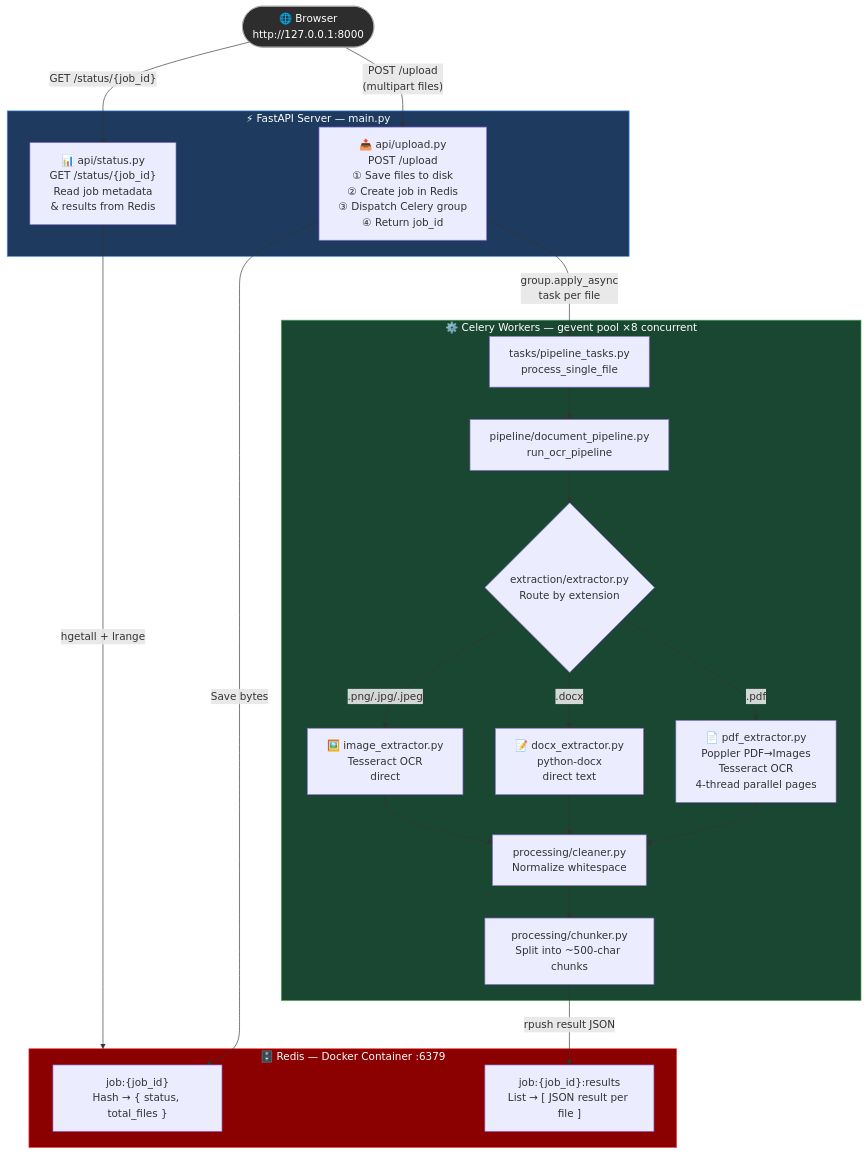
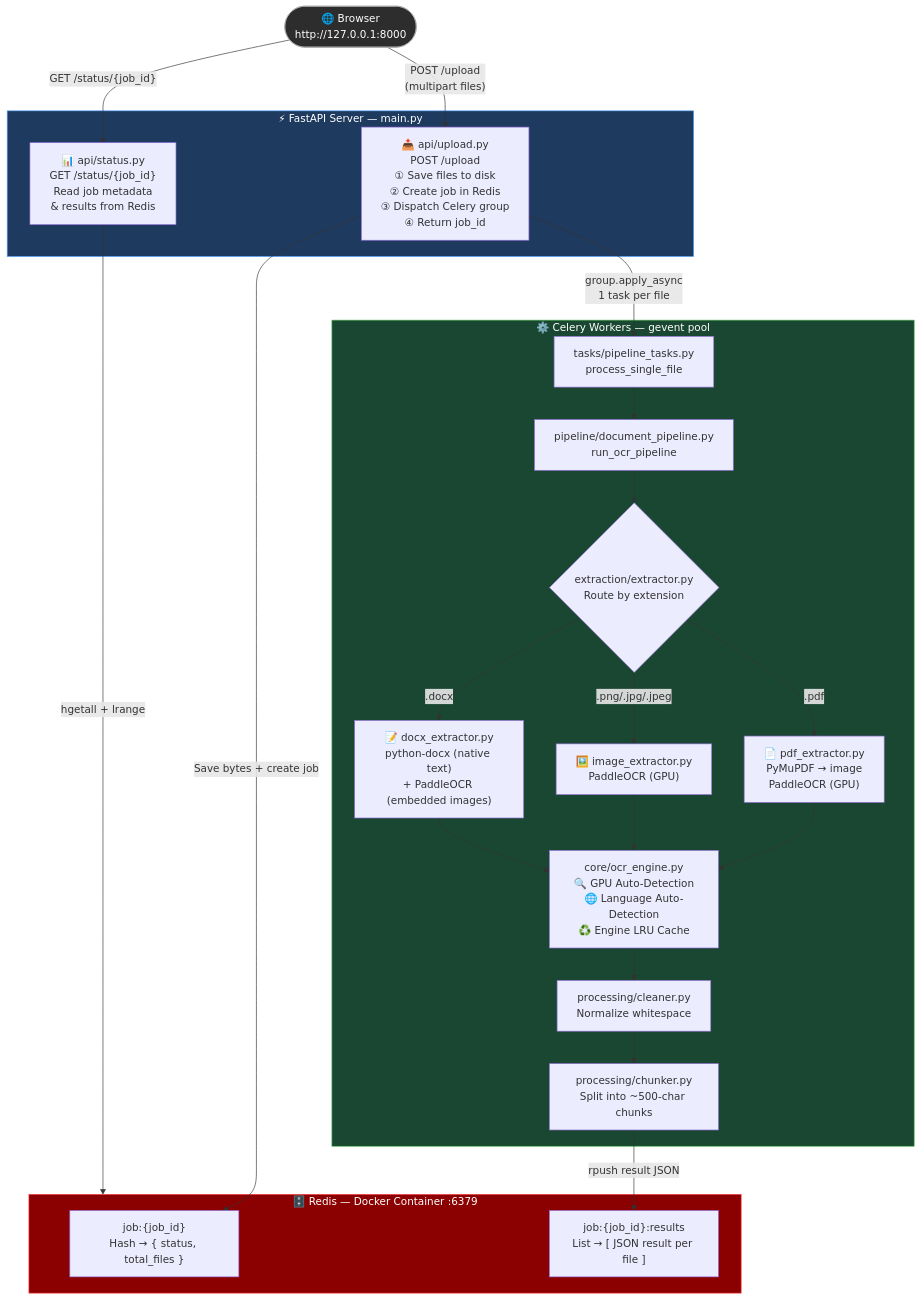
The first of 4 diagrams in README.md (ThummarDarshan/Contract_intelligence), drawn with Mermaid before and after one commit. The commit also changed other lines of this file and 7 other files, not shown here.

Commit message:
pytessrect replaced with PaddleOCR

````diff
--- a/README.md
+++ b/README.md
@@ -314,48 +275,50 @@
 ```mermaid
 flowchart TD
     CLIENT(["🌐 Browser\nhttp://127.0.0.1:8000"])
 
     subgraph FASTAPI["⚡ FastAPI Server  —  main.py"]
         UPLOAD["📤 api/upload.py\nPOST /upload\n① Save files to disk\n② Create job in Redis\n③ Dispatch Celery group\n④ Return job_id"]
         STATUS["📊 api/status.py\nGET /status/{job_id}\nRead job metadata\n& results from Redis"]
     end
 
     subgraph REDIS["🗄️ Redis  —  Docker Container  :6379"]
         RJOB["job:{job_id}\nHash → { status, total_files }"]
         RRESULT["job:{job_id}:results\nList → [ JSON result per file ]"]
     end
 
-    subgraph CELERY["⚙️ Celery Workers  —  gevent pool  ×8 concurrent"]
+    subgraph CELERY["⚙️ Celery Workers  —  gevent pool"]
         TASK["tasks/pipeline_tasks.py\nprocess_single_file"]
         PIPELINE["pipeline/document_pipeline.py\nrun_ocr_pipeline"]
         EXTRACTOR{"extraction/extractor.py\nRoute by extension"}
-        PDF["📄 pdf_extractor.py\nPoppler PDF→Images\nTesseract OCR\n4-thread parallel pages"]
-        DOCX["📝 docx_extractor.py\npython-docx\ndirect text"]
-        IMG["🖼️ image_extractor.py\nTesseract OCR\ndirect"]
+        PDF["📄 pdf_extractor.py\nPyMuPDF → image\nPaddleOCR (GPU)"]
+        DOCX["📝 docx_extractor.py\npython-docx (native text)\n+ PaddleOCR (embedded images)"]
+        IMG["🖼️ image_extractor.py\nPaddleOCR (GPU)"]
+        ENGINE["core/ocr_engine.py\n🔍 GPU Auto-Detection\n🌐 Language Auto-Detection\n♻️ Engine LRU Cache"]
         CLEANER["processing/cleaner.py\nNormalize whitespace"]
         CHUNKER["processing/chunker.py\nSplit into ~500-char chunks"]
     end
 
     CLIENT -- "POST /upload\n(multipart files)" --> UPLOAD
     CLIENT -- "GET /status/{job_id}" --> STATUS
     STATUS -- "hgetall + lrange" --> REDIS
 
-    UPLOAD -- "Save bytes" --> RJOB
-    UPLOAD -- "group.apply_async\ntask per file" --> TASK
+    UPLOAD -- "Save bytes + create job" --> RJOB
+    UPLOAD -- "group.apply_async\n1 task per file" --> TASK
 
     TASK --> PIPELINE
     PIPELINE --> EXTRACTOR
     EXTRACTOR -- ".pdf" --> PDF
     EXTRACTOR -- ".docx" --> DOCX
     EXTRACTOR -- ".png/.jpg/.jpeg" --> IMG
-    PDF --> CLEANER
-    DOCX --> CLEANER
-    IMG --> CLEANER
+    PDF --> ENGINE
+    IMG --> ENGINE
+    DOCX --> ENGINE
+    ENGINE --> CLEANER
     CLEANER --> CHUNKER
     CHUNKER -- "rpush result JSON" --> RRESULT
 
     style FASTAPI fill:#1e3a5f,stroke:#4a9eff,color:#fff
     style REDIS fill:#8b0000,stroke:#ff4444,color:#fff
     style CELERY fill:#1a4731,stroke:#4caf50,color:#fff
     style CLIENT fill:#2d2d2d,stroke:#aaa,color:#fff
 ```
````
